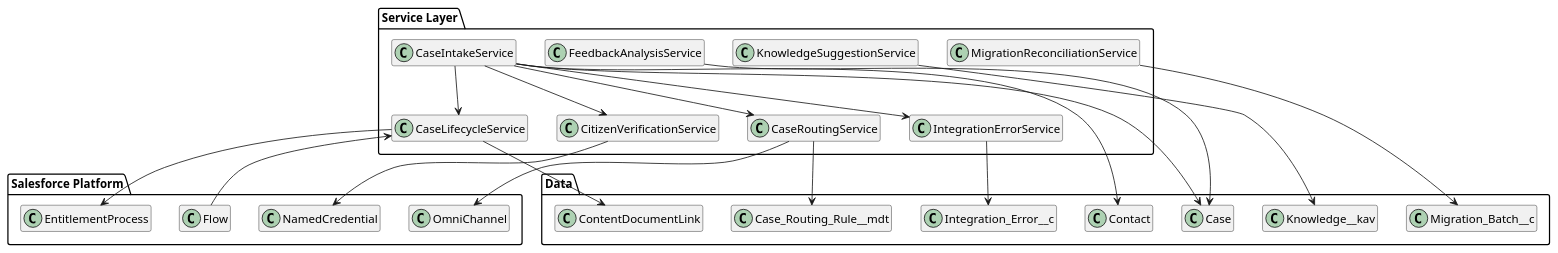
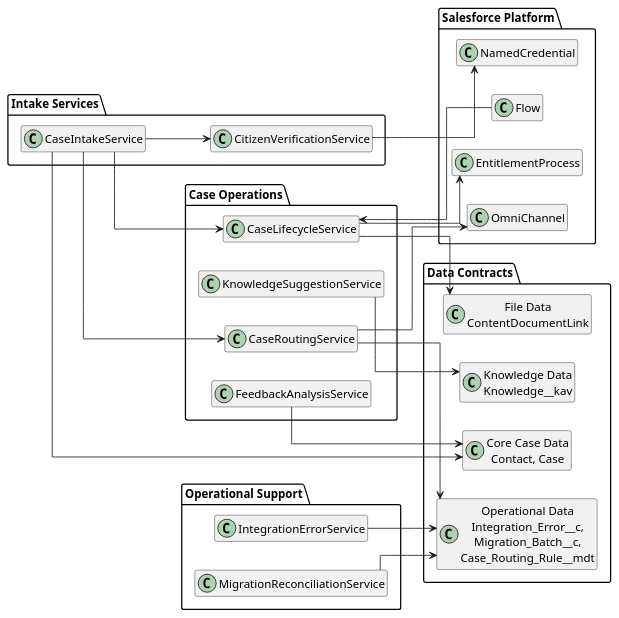
The diagram in puml task2/07.03 Service Layer Design.puml (jimmytobing/virtusa), drawn with PlantUML before and after one commit. The commit also changed 29 other files, not shown here.

```diff
--- a/puml task2/07.03 Service Layer Design.puml
+++ b/puml task2/07.03 Service Layer Design.puml
@@ -1,50 +1,55 @@
 @startuml
+left to right direction
 skinparam classAttributeIconSize 0
+skinparam linetype ortho
 hide empty members
 
-package "Service Layer" {
+package "Intake Services" {
   class CaseIntakeService
   class CitizenVerificationService
+}
+
+package "Case Operations" {
   class CaseRoutingService
   class CaseLifecycleService
   class FeedbackAnalysisService
   class KnowledgeSuggestionService
+}
+
+package "Operational Support" {
   class IntegrationErrorService
   class MigrationReconciliationService
 }
 
 package "Salesforce Platform" {
   class Flow
   class OmniChannel
   class EntitlementProcess
   class NamedCredential
 }
 
-package "Data" {
-  class Contact
-  class Case
-  class Knowledge__kav
-  class ContentDocumentLink
-  class Integration_Error__c
-  class Migration_Batch__c
-  class Case_Routing_Rule__mdt
+package "Data Contracts" {
+  class "Core Case Data\nContact, Case" as CoreCaseData
+  class "Knowledge Data\nKnowledge__kav" as KnowledgeData
+  class "File Data\nContentDocumentLink" as FileData
+  class "Operational Data\nIntegration_Error__c,\nMigration_Batch__c,\nCase_Routing_Rule__mdt" as OperationalData
 }
 
 CaseIntakeService --> CitizenVerificationService
 CaseIntakeService --> CaseRoutingService
 CaseIntakeService --> CaseLifecycleService
-CaseIntakeService --> IntegrationErrorService
+CaseIntakeService --> CoreCaseData
+
 CaseRoutingService --> OmniChannel
-CaseRoutingService --> Case_Routing_Rule__mdt
+CaseRoutingService --> OperationalData
 CaseLifecycleService --> EntitlementProcess
-FeedbackAnalysisService --> Case
-KnowledgeSuggestionService --> Knowledge__kav
+CaseLifecycleService --> FileData
+FeedbackAnalysisService --> CoreCaseData
+KnowledgeSuggestionService --> KnowledgeData
+
 CitizenVerificationService --> NamedCredential
-IntegrationErrorService --> Integration_Error__c
-MigrationReconciliationService --> Migration_Batch__c
-CaseIntakeService --> Contact
-CaseIntakeService --> Case
-CaseLifecycleService --> ContentDocumentLink
+IntegrationErrorService --> OperationalData
+MigrationReconciliationService --> OperationalData
 Flow --> CaseLifecycleService
 
 @enduml
```
